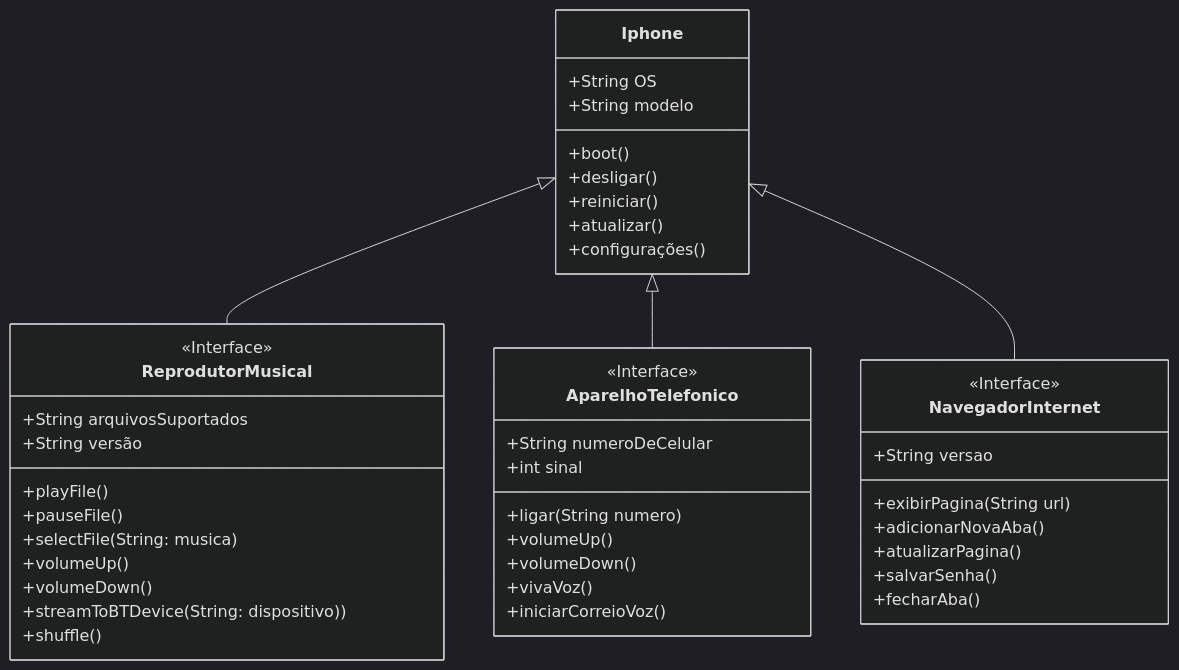
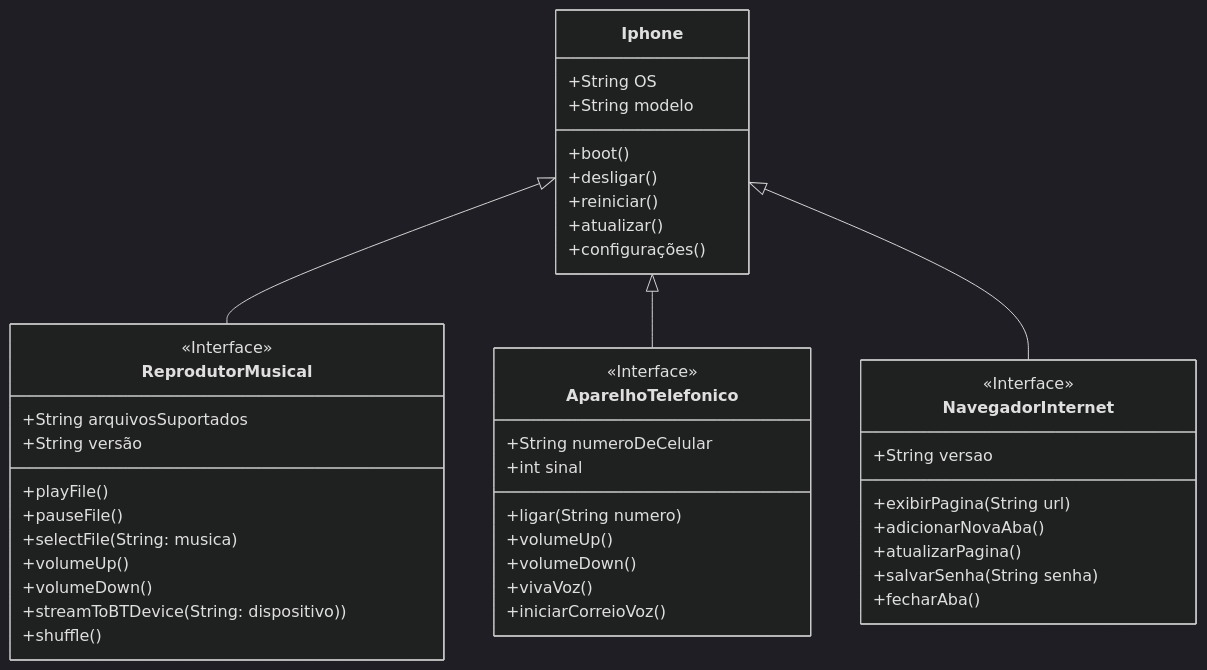
Before and after one commit to Grabiel-dargains/santander-dio-java-basico: the diagram in ModelagemUML/ModelagemIphone.mmd, drawn with Mermaid.

```diff
--- a/ModelagemUML/ModelagemIphone.mmd
+++ b/ModelagemUML/ModelagemIphone.mmd
@@ -1,51 +1,51 @@
 ---
 config:
   theme: dark
 ---
 classDiagram
 direction TB
     class Iphone {
 	    +String OS
 	    +String modelo
 	    +boot()
 	    +desligar()
 	    +reiniciar()
 	    +atualizar()
 	    +configurações()
     }
     class ReprodutorMusical {
 	    +String arquivosSuportados
 	    +String versão
 	    +playFile()
 	    +pauseFile()
 	    +selectFile(String: musica)
 	    +volumeUp()
 	    +volumeDown()
 	    +streamToBTDevice(String: dispositivo))
 	    +shuffle()
     }
     class AparelhoTelefonico {
 	    +String numeroDeCelular
 	    +int sinal
 	    +ligar(String numero)
 	    +volumeUp()
 	    +volumeDown()
 	    +vivaVoz()
 	    +iniciarCorreioVoz()
     }
     class NavegadorInternet {
 	    +String versao
 	    +exibirPagina(String url)
 	    +adicionarNovaAba()
 	    +atualizarPagina()
-	    +salvarSenha()
+	    +salvarSenha(String senha)
 	    +fecharAba()
     }
 
 	<<Interface>> ReprodutorMusical
 	<<Interface>> AparelhoTelefonico
 	<<Interface>> NavegadorInternet
 
     Iphone <|-- ReprodutorMusical
     Iphone <|-- AparelhoTelefonico
     Iphone <|-- NavegadorInternet
```
